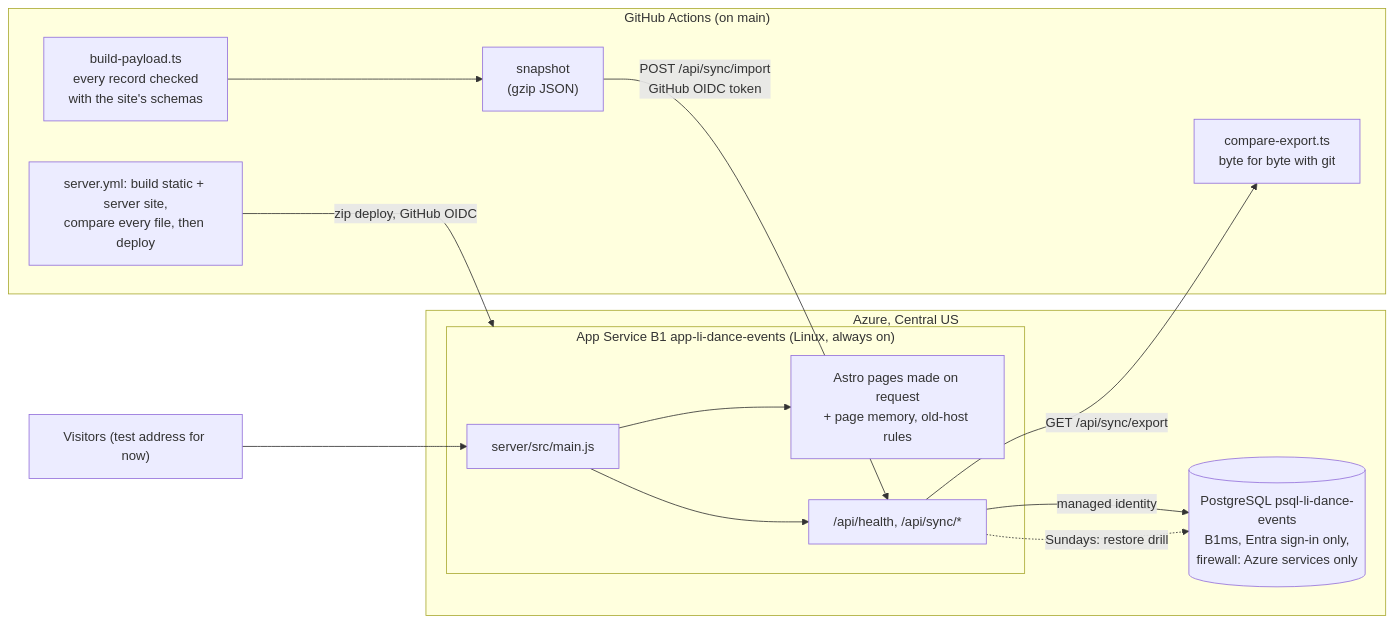
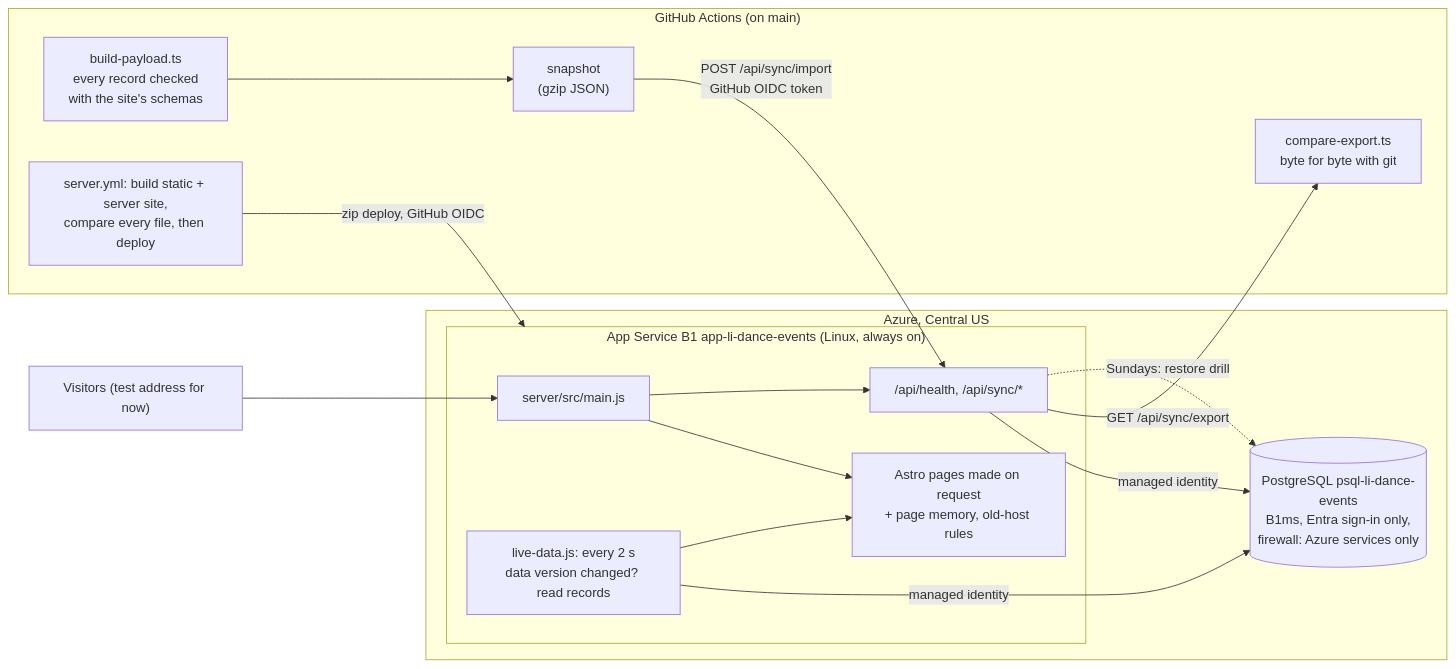
Before and after one commit to michaelsrichter/long-island-dance-events: the fifth of 5 diagrams in docs/architecture.md, drawn with Mermaid. The commit also changed other lines of this file and 45 other files, not shown here.

````diff
--- a/docs/architecture.md
+++ b/docs/architecture.md
@@ -187,24 +187,27 @@
 ```mermaid
 flowchart LR
   subgraph GH["GitHub Actions (on main)"]
     B["build-payload.ts<br/>every record checked<br/>with the site's schemas"] --> S["snapshot<br/>(gzip JSON)"]
     C["compare-export.ts<br/>byte for byte with git"]
     BS["server.yml: build static + server site,<br/>compare every file, then deploy"]
   end
   subgraph Azure["Azure, Central US"]
     subgraph APP["App Service B1 app-li-dance-events (Linux, always on)"]
       M["server/src/main.js"]
       SITE["Astro pages made on request<br/>+ page memory, old-host rules"]
+      LIVE["live-data.js: every 2 s<br/>data version changed? read records"]
       API["/api/health, /api/sync/*"]
     end
     P[("PostgreSQL psql-li-dance-events<br/>B1ms, Entra sign-in only,<br/>firewall: Azure services only")]
   end
   V["Visitors (test address for now)"] --> M
   M --> SITE
   M --> API
   BS -->|"zip deploy, GitHub OIDC"| APP
   S -->|"POST /api/sync/import<br/>GitHub OIDC token"| API
   API -->|"managed identity"| P
   API -->|"GET /api/sync/export"| C
   API -.->|"Sundays: restore drill"| P
+  LIVE -->|"managed identity"| P
+  LIVE --> SITE
 ```
````
